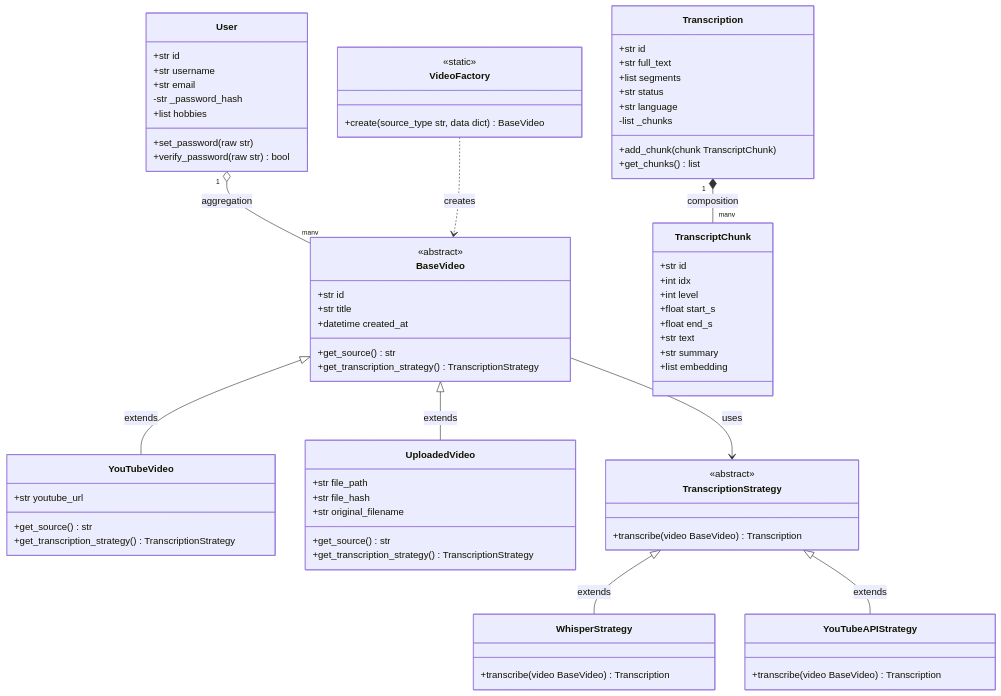
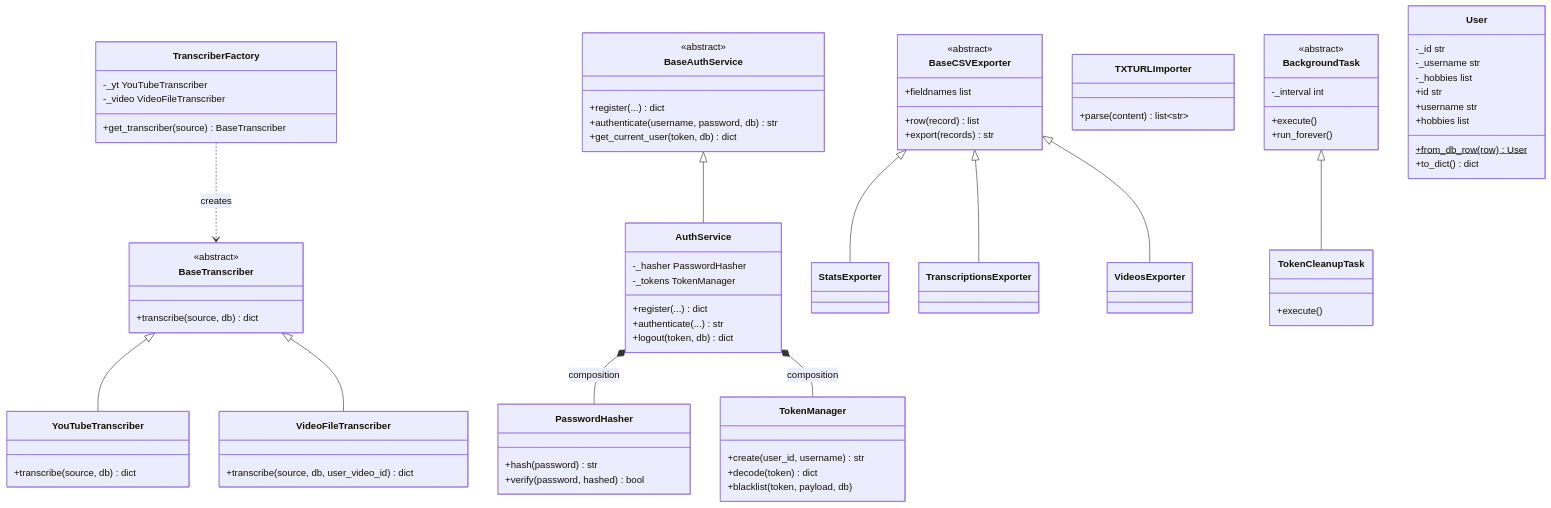
Before and after one commit to Servo69420/VidSearch: the third of 4 diagrams in readme.md, drawn with Mermaid. The commit also changed other lines of this file and 1 other file, not shown here.

````diff
--- a/readme.md
+++ b/readme.md
@@ -446,84 +312,89 @@
 ```mermaid
 classDiagram
-    class BaseVideo {
+    class BaseTranscriber {
         <<abstract>>
-        +str id
-        +str title
-        +datetime created_at
-        +get_source() str
-        +get_transcription_strategy() TranscriptionStrategy
+        +transcribe(source, db) dict
+    }
+    class YouTubeTranscriber {
+        +transcribe(source, db) dict
+    }
+    class VideoFileTranscriber {
+        +transcribe(source, db, user_video_id) dict
+    }
+    class TranscriberFactory {
+        -_yt YouTubeTranscriber
+        -_video VideoFileTranscriber
+        +get_transcriber(source) BaseTranscriber
     }
 
-    class YouTubeVideo {
-        +str youtube_url
-        +get_source() str
-        +get_transcription_strategy() TranscriptionStrategy
+    class BaseAuthService {
+        <<abstract>>
+        +register(...) dict
+        +authenticate(username, password, db) str
+        +get_current_user(token, db) dict
+    }
+    class AuthService {
+        -_hasher PasswordHasher
+        -_tokens TokenManager
+        +register(...) dict
+        +authenticate(...) str
+        +logout(token, db) dict
+    }
+    class PasswordHasher {
+        +hash(password) str
+        +verify(password, hashed) bool
+    }
+    class TokenManager {
+        +create(user_id, username) str
+        +decode(token) dict
+        +blacklist(token, payload, db)
     }
 
-    class UploadedVideo {
-        +str file_path
-        +str file_hash
-        +str original_filename
-        +get_source() str
-        +get_transcription_strategy() TranscriptionStrategy
+    class BaseCSVExporter {
+        <<abstract>>
+        +fieldnames list
+        +row(record) list
+        +export(records) str
+    }
+    class StatsExporter
+    class TranscriptionsExporter
+    class VideosExporter
+    class TXTURLImporter {
+        +parse(content) list~str~
     }
 
-    class TranscriptionStrategy {
+    class BackgroundTask {
         <<abstract>>
-        +transcribe(video BaseVideo) Transcription
+        -_interval int
+        +execute()
+        +run_forever()
     }
-
-    class WhisperStrategy {
-        +transcribe(video BaseVideo) Transcription
-    }
-
-    class YouTubeAPIStrategy {
-        +transcribe(video BaseVideo) Transcription
-    }
-
-    class Transcription {
-        +str id
-        +str full_text
-        +list segments
-        +str status
-        +str language
-        -list _chunks
-        +add_chunk(chunk TranscriptChunk)
-        +get_chunks() list
-    }
-
-    class TranscriptChunk {
-        +str id
-        +int idx
-        +int level
-        +float start_s
-        +float end_s
-        +str text
-        +str summary
-        +list embedding
-    }
-
-    class VideoFactory {
-        <<static>>
-        +create(source_type str, data dict) BaseVideo
+    class TokenCleanupTask {
+        +execute()
     }
 
     class User {
-        +str id
-        +str username
-        +str email
-        -str _password_hash
-        +list hobbies
-        +set_password(raw str)
-        +verify_password(raw str) bool
+        -_id str
+        -_username str
+        -_hobbies list
+        +id str
+        +username str
+        +hobbies list
+        +from_db_row(row) User$
+        +to_dict() dict
     }
 
-    BaseVideo <|-- YouTubeVideo : extends
-    BaseVideo <|-- UploadedVideo : extends
-    TranscriptionStrategy <|-- WhisperStrategy : extends
-    TranscriptionStrategy <|-- YouTubeAPIStrategy : extends
-    BaseVideo --> TranscriptionStrategy : uses
-    Transcription "1" *-- "many" TranscriptChunk : composition
-    User "1" o-- "many" BaseVideo : aggregation
-    VideoFactory ..> BaseVideo : creates
+    BaseTranscriber <|-- YouTubeTranscriber
+    BaseTranscriber <|-- VideoFileTranscriber
+    TranscriberFactory ..> BaseTranscriber : creates
+
+    BaseAuthService <|-- AuthService
+    AuthService *-- PasswordHasher : composition
+    AuthService *-- TokenManager : composition
+
+    BaseCSVExporter <|-- StatsExporter
+    BaseCSVExporter <|-- TranscriptionsExporter
+    BaseCSVExporter <|-- VideosExporter
+
+    BackgroundTask <|-- TokenCleanupTask
 ```
````
